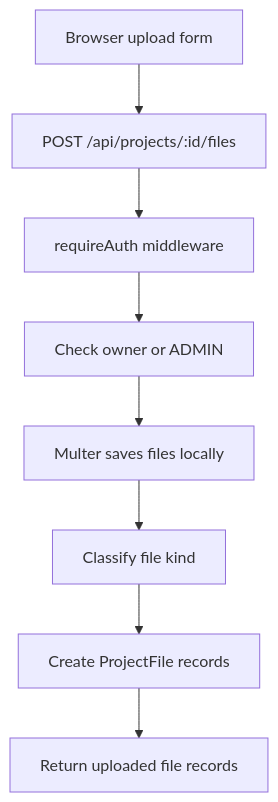
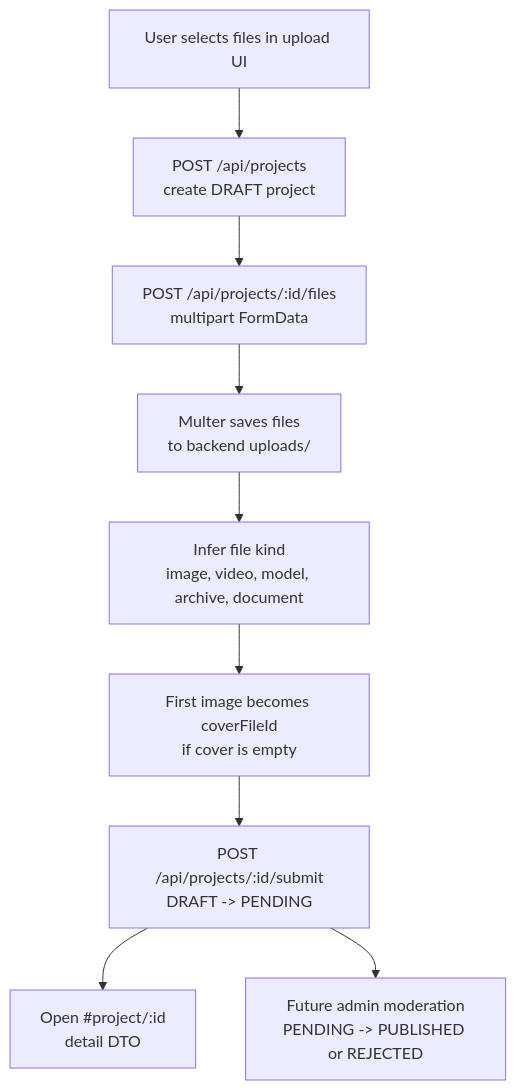
The fourth of 8 diagrams in README.md (bordermull/creator-platform), drawn with Mermaid before and after one commit. The commit also changed other lines of this file and 12 other files, not shown here.

````diff
--- a/README.md
+++ b/README.md
@@ -385,19 +510,21 @@
 ```mermaid
 flowchart TD
-  browser["Browser upload form"]
-  route["POST /api/projects/:id/files"]
-  auth["requireAuth middleware"]
-  owner["Check owner or ADMIN"]
-  multer["Multer saves files locally"]
-  classify["Classify file kind"]
-  db["Create ProjectFile records"]
-  response["Return uploaded file records"]
+  pick["User selects files in upload UI"]
+  create["POST /api/projects<br/>create DRAFT project"]
+  upload["POST /api/projects/:id/files<br/>multipart FormData"]
+  multer["Multer saves files<br/>to backend uploads/"]
+  classify["Infer file kind<br/>image, video, model, archive, document"]
+  cover["First image becomes coverFileId<br/>if cover is empty"]
+  submit["POST /api/projects/:id/submit<br/>DRAFT -> PENDING"]
+  detail["Open #project/:id<br/>detail DTO"]
+  moderation["Future admin moderation<br/>PENDING -> PUBLISHED or REJECTED"]
 
-  browser --> route
-  route --> auth
-  auth --> owner
-  owner --> multer
+  pick --> create
+  create --> upload
+  upload --> multer
   multer --> classify
-  classify --> db
-  db --> response
+  classify --> cover
+  cover --> submit
+  submit --> detail
+  submit --> moderation
 ```
````
